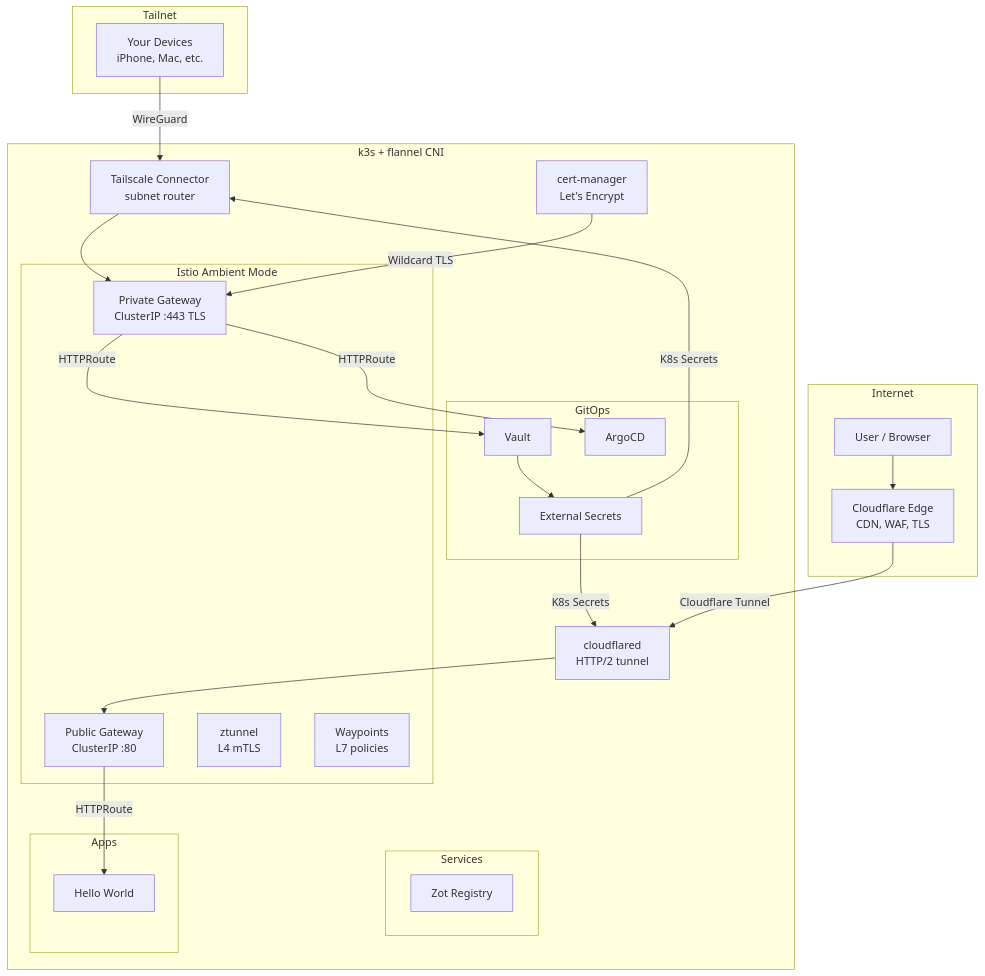
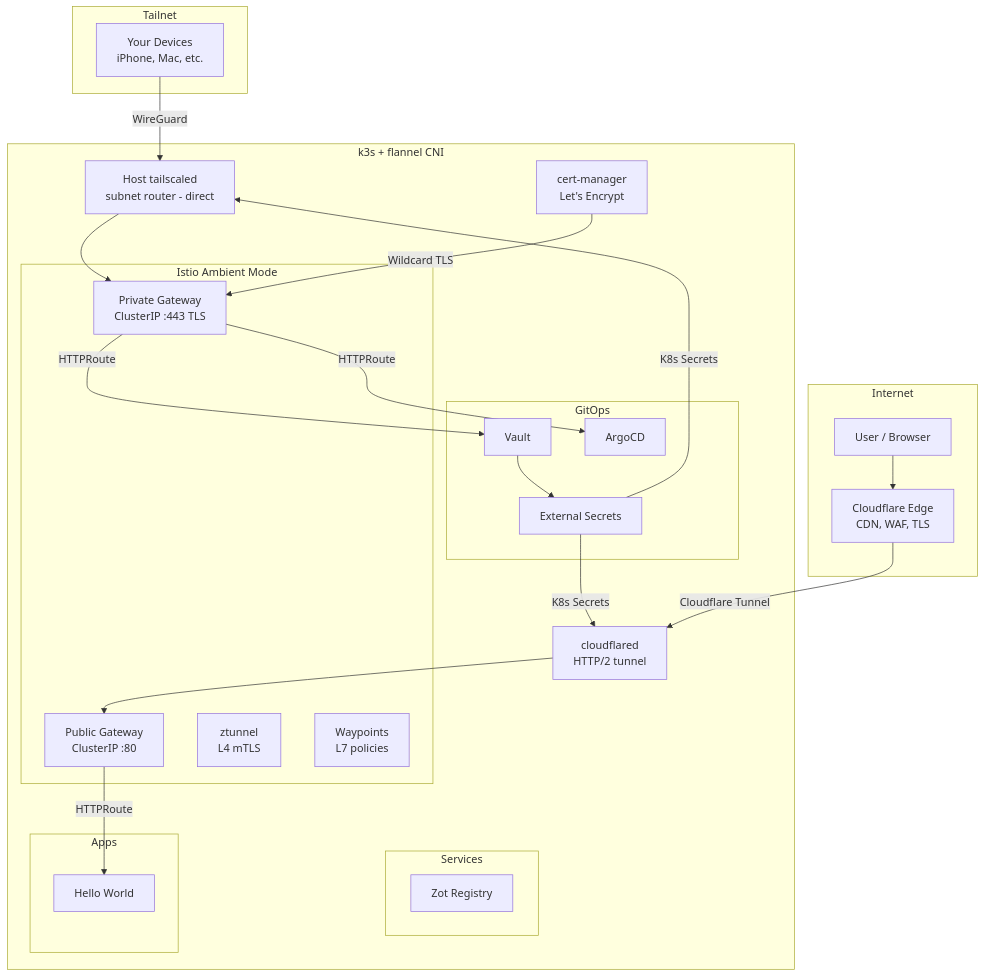
One commit to matheus3301/simplest-homelab changed the first of 4 diagrams in docs/architecture.md. Above: the diagram before and after it, drawn with Mermaid. The commit also changed other lines of this file and 2 other files, not shown here.

First line of the commit message:
Route private subnet via host tailscaled (direct) instead of DERP Connector

````diff
--- a/docs/architecture.md
+++ b/docs/architecture.md
@@ -5,53 +5,53 @@
 ```mermaid
 graph TB
     subgraph Internet
         User[User / Browser]
         CF[Cloudflare Edge<br/>CDN, WAF, TLS]
     end
 
     subgraph Tailnet
         Device[Your Devices<br/>iPhone, Mac, etc.]
     end
 
     subgraph k3s[k3s + flannel CNI]
         subgraph GitOps
             ArgoCD
             Vault
             ESO[External Secrets]
         end
 
         subgraph Istio[Istio Ambient Mode]
             PubGW[Public Gateway<br/>ClusterIP :80]
             PrivGW[Private Gateway<br/>ClusterIP :443 TLS]
             Ztunnel[ztunnel<br/>L4 mTLS]
             Waypoints[Waypoints<br/>L7 policies]
         end
 
         Cloudflared[cloudflared<br/>HTTP/2 tunnel]
-        Connector[Tailscale Connector<br/>subnet router]
+        Connector[Host tailscaled<br/>subnet router - direct]
         CertManager[cert-manager<br/>Let's Encrypt]
 
         subgraph Services
             Zot[Zot Registry]
         end
 
         subgraph Apps
             HelloWorld[Hello World]
         end
     end
 
     User --> CF
     CF -->|Cloudflare Tunnel| Cloudflared
     Cloudflared --> PubGW
     PubGW -->|HTTPRoute| HelloWorld
 
     Device -->|WireGuard| Connector
     Connector --> PrivGW
     PrivGW -->|HTTPRoute| Vault
     PrivGW -->|HTTPRoute| ArgoCD
 
     Vault --> ESO
     ESO -->|K8s Secrets| Cloudflared
     ESO -->|K8s Secrets| Connector
     CertManager -->|Wildcard TLS| PrivGW
 ```
````
